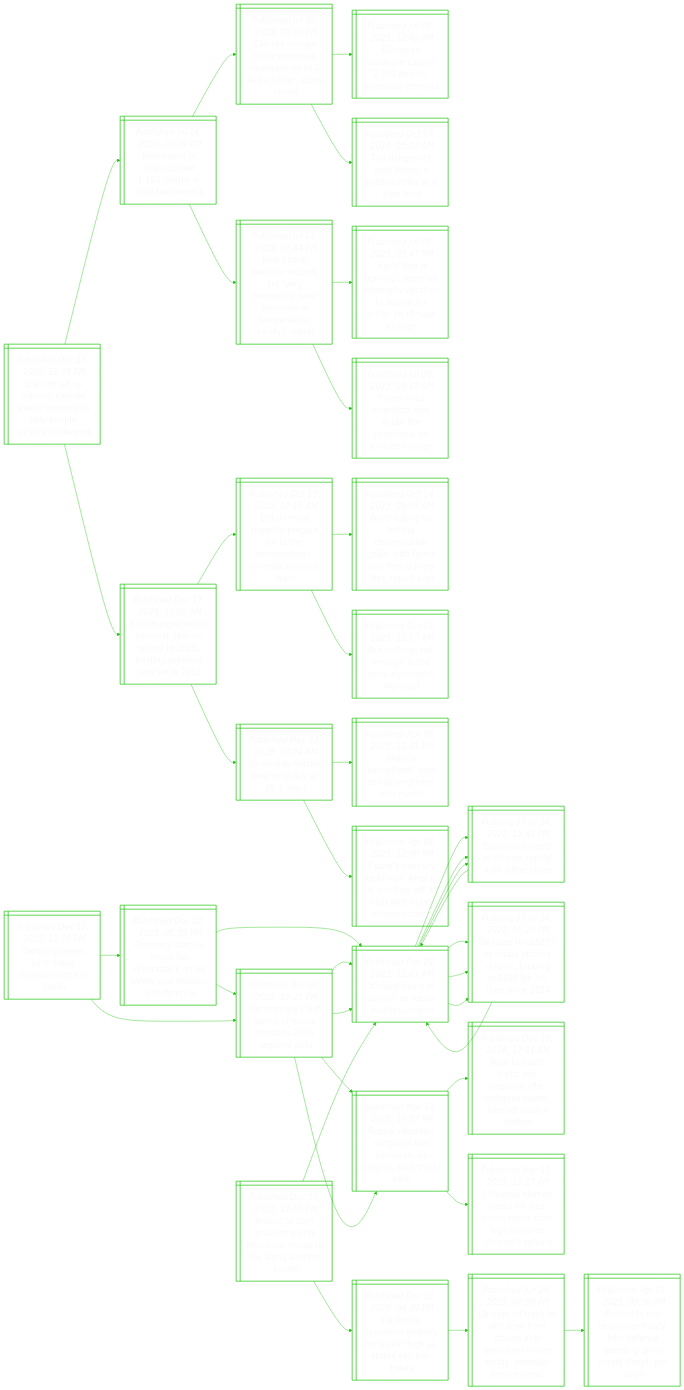
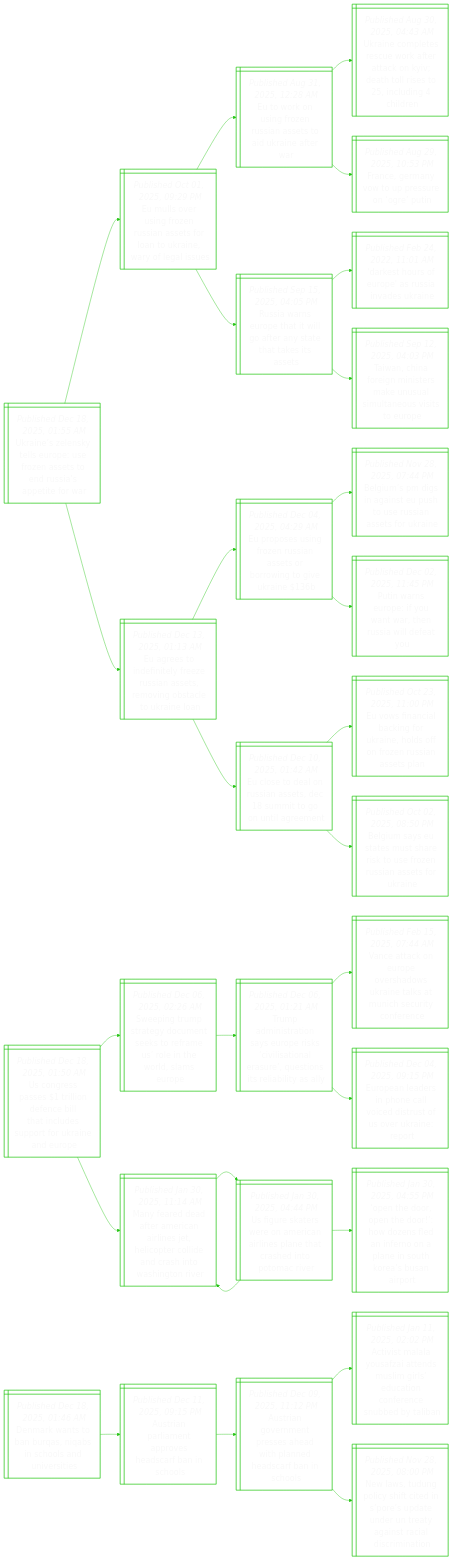
One commit to notJmes/notJmes changed the diagram in README.md. Above: the diagram before and after it, drawn with Mermaid. The commit also changed other lines of this file, not shown here.

````diff
--- a/README.md
+++ b/README.md
@@ -16,124 +16,94 @@
 flowchart LR
 classDef txtsize font-size:20px;
 
-Stuictleklprha@{ shape: win-pane, label: "_Published Dec 17, 2025, 11:05 PM_
-Spain to set up national climate shelter network to help people survive heatwaves" }
-Hannetpwt@{ shape: win-pane, label: "_Published Jul 14, 2025, 09:59 PM_
-Heatwaves in spain caused 1,180 deaths in past two months" }
-CtndohatCedw@{ shape: win-pane, label: "_Published Jul 09, 2025, 09:00 PM_
-Climate change made european heatwave up to 4 deg c hotter, study shows" }
-Eeaeetiste@{ shape: win-pane, label: "_Published Jul 09, 2025, 12:42 PM_
-European heatwave caused 2,300 deaths, scientists estimate" }
-Tnotsdtoon@{ shape: win-pane, label: "_Published Oct 07, 2024, 05:00 AM_
-The dangers of heat stress: a sudden strike or a slow burn" }
-Niweoeyuyemtrefe@{ shape: win-pane, label: "_Published Jul 14, 2025, 07:44 PM_
-New british weather records set ‘very frequently’ over extremes in temperature, rainfall: report" }
-Wtsipirvialcomh@{ shape: win-pane, label: "_Published Jul 09, 2025, 05:47 PM_
-‘world that is burning’: pope leo interrupts vacation to appeal for action on climate change" }
-Thstwueeomh@{ shape: win-pane, label: "_Published Jul 09, 2025, 08:20 AM_
-Trump hires scientists who doubt the consensus on climate change" }
-Biecntoobnvot@{ shape: win-pane, label: "_Published Dec 17, 2025, 10:05 AM_
-Britain experiences sunniest year on record in 2025, beating previous one set in 2003" }
-Bitnreotremdrn@{ shape: win-pane, label: "_Published Oct 15, 2025, 07:15 AM_
-Britain must urgently prepare for hotter temperatures, climate advisers warn" }
-Wfnbdrtoirdsisoy@{ shape: win-pane, label: "_Published Oct 14, 2025, 08:05 AM_
-World falling far behind deforestation goals, with farms and fires driving loss, report says" }
-Ntnosager@{ shape: win-pane, label: "_Published Oct 13, 2025, 11:10 AM_
-Not nothing, not enough: is the paris agreement working?" }
-UootMyg@{ shape: win-pane, label: "_Published May 02, 2025, 07:04 AM_
-Uk records hottest ever may day at 29.3 deg c" }
-WspatagsM@{ shape: win-pane, label: "_Published Apr 08, 2025, 12:31 PM_
-World’s ‘exceptional’ heat streak lengthens into march" }
-Ssusctawiprger@{ shape: win-pane, label: "_Published Apr 04, 2025, 12:00 PM_
-S’pore’s mercury taskforce: what is it and how will it help with rising temperatures?" }
-
-Stuictleklprha:::txtsize --> Hannetpwt:::txtsize
-Hannetpwt:::txtsize --> CtndohatCedw:::txtsize
-CtndohatCedw:::txtsize --> Eeaeetiste:::txtsize
-CtndohatCedw:::txtsize --> Tnotsdtoon:::txtsize
-Hannetpwt:::txtsize --> Niweoeyuyemtrefe:::txtsize
-Niweoeyuyemtrefe:::txtsize --> Wtsipirvialcomh:::txtsize
-Niweoeyuyemtrefe:::txtsize --> Thstwueeomh:::txtsize
-Stuictleklprha:::txtsize --> Biecntoobnvot:::txtsize
-Biecntoobnvot:::txtsize --> Bitnreotremdrn:::txtsize
-Bitnreotremdrn:::txtsize --> Wfnbdrtoirdsisoy:::txtsize
-Bitnreotremdrn:::txtsize --> Ntnosager:::txtsize
-Biecntoobnvot:::txtsize --> UootMyg:::txtsize
-UootMyg:::txtsize --> WspatagsM:::txtsize
-UootMyg:::txtsize --> Ssusctawiprger:::txtsize
-
-Gnnnneeil@{ shape: win-pane, label: "_Published Dec 17, 2025, 11:05 PM_
-Germany opens joint drone defence centre in berlin" }
-Gnmsoeaafncifc@{ shape: win-pane, label: "_Published Dec 12, 2025, 08:39 PM_
-Germany blames russia for cyberattack on air safety and election interference" }
+Unlyspfntnsptw@{ shape: win-pane, label: "_Published Dec 18, 2025, 01:55 AM_
+Ukraine’s zelensky tells europe: use frozen assets to end russia’s appetite for war" }
+Elrgessfakeoau@{ shape: win-pane, label: "_Published Oct 01, 2025, 09:29 PM_
+Eu mulls over using frozen russian assets for loan to ukraine, wary of legal issues" }
+Eoufnisoker@{ shape: win-pane, label: "_Published Aug 31, 2025, 12:28 AM_
+Eu to work on using frozen russian assets to aid ukraine after war" }
+Unpsukrcyaleniin@{ shape: win-pane, label: "_Published Aug 30, 2025, 04:43 AM_
+Ukraine completes rescue work after attack on kyiv; death toll rises to 25, including 4 children" }
+Feawpuou@{ shape: win-pane, label: "_Published Aug 29, 2025, 10:53 PM_
+France, germany vow to up pressure on ‘ogre’ putin" }
+Rasptlfnttss@{ shape: win-pane, label: "_Published Sep 15, 2025, 04:05 PM_
+Russia warns europe that it will go after any state that takes its assets" }
 DsruasvUn@{ shape: win-pane, label: "_Published Feb 24, 2022, 11:01 AM_
 'darkest hours of europe' as russia invades ukraine" }
-Eshiaalocs@{ shape: win-pane, label: "_Published Feb 24, 2022, 12:41 PM_
-Explosions heard in ukraine capital kyiv, other cities" }
-OaUuakaogrmc@{ shape: win-pane, label: "_Published Feb 24, 2022, 05:20 PM_
-Oil soars to us$105 as russia attacks ukraine, topping us$100 for 1st time since 2014" }
-Gnhafiernl@{ shape: win-pane, label: "_Published Dec 08, 2025, 10:21 PM_
-German spy chief warns of russia threat to 2026 regional polls" }
-DsruasvUn@{ shape: win-pane, label: "_Published Feb 24, 2022, 11:01 AM_
-'darkest hours of europe' as russia invades ukraine" }
-RatagspSeynk@{ shape: win-pane, label: "_Published Mar 18, 2025, 10:57 PM_
-Russia sabotage campaign hits european, us targets, says think-tank" }
-Gnhafiernl@{ shape: win-pane, label: "_Published Dec 08, 2025, 10:21 PM_
-German spy chief warns of russia threat to 2026 regional polls" }
-DsruasvUn@{ shape: win-pane, label: "_Published Feb 24, 2022, 11:01 AM_
-'darkest hours of europe' as russia invades ukraine" }
-Eshiaalocs@{ shape: win-pane, label: "_Published Feb 24, 2022, 12:41 PM_
-Explosions heard in ukraine capital kyiv, other cities" }
-OaUuakaogrmc@{ shape: win-pane, label: "_Published Feb 24, 2022, 05:20 PM_
-Oil soars to us$105 as russia attacks ukraine, topping us$100 for 1st time since 2014" }
-RatagspSeynk@{ shape: win-pane, label: "_Published Mar 18, 2025, 10:57 PM_
-Russia sabotage campaign hits european, us targets, says think-tank" }
-Notipntdarrabn@{ shape: win-pane, label: "_Published Dec 28, 2024, 12:41 AM_
-Nato to boost baltic sea presence after undersea power, internet cables broken" }
-LalRaKstogckeo@{ shape: win-pane, label: "_Published Mar 17, 2025, 10:17 PM_
-Lithuania blames russia for ikea arson, notes store logo matches ukraine’s colours" }
+Tnainreumnvsr@{ shape: win-pane, label: "_Published Sep 12, 2025, 04:03 PM_
+Taiwan, china foreign ministers make unusual simultaneous visits to europe" }
+Eeiilesasvblke@{ shape: win-pane, label: "_Published Dec 13, 2025, 01:13 AM_
+Eu agrees to indefinitely freeze russian assets, removing obstacle to ukraine loan" }
+Epufnisrotei@{ shape: win-pane, label: "_Published Dec 04, 2025, 04:29 AM_
+Eu proposes using frozen russian assets or borrowing to give ukraine $136b" }
+BudnnpountUn@{ shape: win-pane, label: "_Published Nov 28, 2025, 07:44 PM_
+Belgium’s pm digs in against eu push to use russian assets for ukraine" }
+PwEeuwesleu@{ shape: win-pane, label: "_Published Dec 02, 2025, 11:45 PM_
+Putin warns europe: if you want war, then russia will defeat you" }
+EseRaeciotrn@{ shape: win-pane, label: "_Published Dec 10, 2025, 01:42 AM_
+Eu close to deal on russian assets, dec 18 summit to go on until agreement" }
+EsnbnUndozsas@{ shape: win-pane, label: "_Published Oct 23, 2025, 11:00 PM_
+Eu vows financial backing for ukraine, holds off on frozen russian assets plan" }
+Busauasszsaske@{ shape: win-pane, label: "_Published Oct 02, 2025, 08:50 PM_
+Belgium says eu states must share risk to use frozen russian assets for ukraine" }
 
-Gnnnneeil:::txtsize --> Gnmsoeaafncifc:::txtsize
-Gnmsoeaafncifc:::txtsize --> DsruasvUn:::txtsize
-DsruasvUn:::txtsize --> Eshiaalocs:::txtsize
-DsruasvUn:::txtsize --> OaUuakaogrmc:::txtsize
-Gnmsoeaafncifc:::txtsize --> Gnhafiernl:::txtsize
-Gnhafiernl:::txtsize --> DsruasvUn:::txtsize
-Gnhafiernl:::txtsize --> RatagspSeynk:::txtsize
-Gnnnneeil:::txtsize --> Gnhafiernl:::txtsize
-Gnhafiernl:::txtsize --> DsruasvUn:::txtsize
-DsruasvUn:::txtsize --> Eshiaalocs:::txtsize
-DsruasvUn:::txtsize --> OaUuakaogrmc:::txtsize
-Gnhafiernl:::txtsize --> RatagspSeynk:::txtsize
-RatagspSeynk:::txtsize --> Notipntdarrabn:::txtsize
-RatagspSeynk:::txtsize --> LalRaKstogckeo:::txtsize
+Unlyspfntnsptw:::txtsize --> Elrgessfakeoau:::txtsize
+Elrgessfakeoau:::txtsize --> Eoufnisoker:::txtsize
+Eoufnisoker:::txtsize --> Unpsukrcyaleniin:::txtsize
+Eoufnisoker:::txtsize --> Feawpuou:::txtsize
+Elrgessfakeoau:::txtsize --> Rasptlfnttss:::txtsize
+Rasptlfnttss:::txtsize --> DsruasvUn:::txtsize
+Rasptlfnttss:::txtsize --> Tnainreumnvsr:::txtsize
+Unlyspfntnsptw:::txtsize --> Eeiilesasvblke:::txtsize
+Eeiilesasvblke:::txtsize --> Epufnisrotei:::txtsize
+Epufnisrotei:::txtsize --> BudnnpountUn:::txtsize
+Epufnisrotei:::txtsize --> PwEeuwesleu:::txtsize
+Eeiilesasvblke:::txtsize --> EseRaeciotrn:::txtsize
+EseRaeciotrn:::txtsize --> EsnbnUndozsas:::txtsize
+EseRaeciotrn:::txtsize --> Busauasszsaske:::txtsize
 
-Pdaoniomtaerd@{ shape: win-pane, label: "_Published Dec 17, 2025, 11:05 PM_
-Poland to start producing anti-personnel mines to lay along eastern border" }
-Lisioyegteaa@{ shape: win-pane, label: "_Published Dec 01, 2025, 04:39 PM_
-Landmine casualties globally hit 4-year high as states exit ban treaty" }
-Unrodrtnreealyew@{ shape: win-pane, label: "_Published Jun 29, 2025, 07:50 PM_
-Ukraine on track to withdraw from ottawa anti-personnel mines treaty, zelensky decree shows" }
-FnxneakepnesrM@{ shape: win-pane, label: "_Published Apr 01, 2025, 08:36 PM_
-Finland to exit landmines treaty, hike defence spending given russia threat, pm says" }
-DsruasvUn@{ shape: win-pane, label: "_Published Feb 24, 2022, 11:01 AM_
-'darkest hours of europe' as russia invades ukraine" }
-Eshiaalocs@{ shape: win-pane, label: "_Published Feb 24, 2022, 12:41 PM_
-Explosions heard in ukraine capital kyiv, other cities" }
-DsruasvUn@{ shape: win-pane, label: "_Published Feb 24, 2022, 11:01 AM_
-'darkest hours of europe' as russia invades ukraine" }
-OaUuakaogrmc@{ shape: win-pane, label: "_Published Feb 24, 2022, 05:20 PM_
-Oil soars to us$105 as russia attacks ukraine, topping us$100 for 1st time since 2014" }
-DsruasvUn@{ shape: win-pane, label: "_Published Feb 24, 2022, 11:01 AM_
-'darkest hours of europe' as russia invades ukraine" }
+Ugpsleetnepoano@{ shape: win-pane, label: "_Published Dec 18, 2025, 01:50 AM_
+Us congress passes $1 trillion defence bill that includes support for ukraine and europe" }
+Siurymeoarnolu@{ shape: win-pane, label: "_Published Dec 06, 2025, 02:26 AM_
+Sweeping trump strategy document seeks to reframe us’ role in the world, slams europe" }
+Taitariisnaqitiia@{ shape: win-pane, label: "_Published Dec 06, 2025, 01:21 AM_
+Trump administration says europe risks ‘civilisational erasure’, questions its reliability as ally" }
+VakrvaUnkusinn@{ shape: win-pane, label: "_Published Feb 15, 2025, 07:44 AM_
+Vance attack on europe overshadows ukraine talks at munich security conference" }
+EeainletovrRt@{ shape: win-pane, label: "_Published Dec 04, 2025, 09:15 PM_
+European leaders in phone call voiced distrust of us over ukraine: report" }
+Medfmaljltlaathoe@{ shape: win-pane, label: "_Published Jan 30, 2025, 11:14 AM_
+Many feared dead after american airlines jet, helicopter collide and crash into washington river" }
+Uuawniienthtoi@{ shape: win-pane, label: "_Published Jan 30, 2025, 04:44 PM_
+Us figure skaters were on american airlines plane that crashed into potomac river" }
+Medfmaljltlaathoe@{ shape: win-pane, label: "_Published Jan 30, 2025, 11:14 AM_
+Many feared dead after american airlines jet, helicopter collide and crash into washington river" }
+OhrtodsaennooBar@{ shape: win-pane, label: "_Published Jan 30, 2025, 04:55 PM_
+‘open the door, open the door!’: how dozens fled an inferno on a plane in south korea’s busan airport" }
 
-Pdaoniomtaerd:::txtsize --> Lisioyegteaa:::txtsize
-Lisioyegteaa:::txtsize --> Unrodrtnreealyew:::txtsize
-Unrodrtnreealyew:::txtsize --> FnxneakepnesrM:::txtsize
-Pdaoniomtaerd:::txtsize --> DsruasvUn:::txtsize
-DsruasvUn:::txtsize --> Eshiaalocs:::txtsize
-Eshiaalocs:::txtsize --> DsruasvUn:::txtsize
-DsruasvUn:::txtsize --> OaUuakaogrmc:::txtsize
-OaUuakaogrmc:::txtsize --> DsruasvUn:::txtsize
+Ugpsleetnepoano:::txtsize --> Siurymeoarnolu:::txtsize
+Siurymeoarnolu:::txtsize --> Taitariisnaqitiia:::txtsize
+Taitariisnaqitiia:::txtsize --> VakrvaUnkusinn:::txtsize
+Taitariisnaqitiia:::txtsize --> EeainletovrRt:::txtsize
+Ugpsleetnepoano:::txtsize --> Medfmaljltlaathoe:::txtsize
+Medfmaljltlaathoe:::txtsize --> Uuawniienthtoi:::txtsize
+Uuawniienthtoi:::txtsize --> Medfmaljltlaathoe:::txtsize
+Uuawniienthtoi:::txtsize --> OhrtodsaennooBar:::txtsize
+
+Drtaqqnodei@{ shape: win-pane, label: "_Published Dec 18, 2025, 01:46 AM_
+Denmark wants to ban burqas, niqabs in schools and universities" }
+Airepssbsl@{ shape: win-pane, label: "_Published Dec 11, 2025, 09:15 PM_
+Austrian parliament approves headscarf ban in schools" }
+Aiveeawldsbsl@{ shape: win-pane, label: "_Published Dec 09, 2025, 11:12 PM_
+Austrian government presses ahead with planned headscarf ban in schools" }
+AiloztMmsacrsean@{ shape: win-pane, label: "_Published Jan 11, 2025, 02:02 PM_
+Activist malala yousafzai attends muslim girls’ education conference snubbed by taliban" }
+Nwulhineadtyncimi@{ shape: win-pane, label: "_Published Nov 28, 2025, 08:00 PM_
+New laws, tudung policy shift cited in s’pore’s update under un treaty against racial discrimination" }
+
+Drtaqqnodei:::txtsize --> Airepssbsl:::txtsize
+Airepssbsl:::txtsize --> Aiveeawldsbsl:::txtsize
+Aiveeawldsbsl:::txtsize --> AiloztMmsacrsean:::txtsize
+Aiveeawldsbsl:::txtsize --> Nwulhineadtyncimi:::txtsize
 
 ```
````
